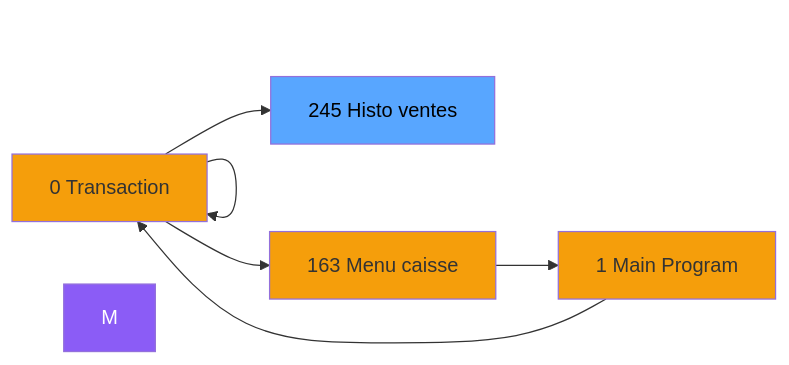
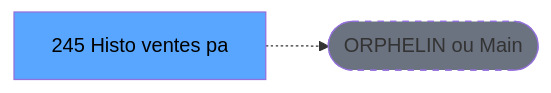
One commit to thonyAGP/lecteur-magic changed the second of 3 diagrams in .openspec/specs/ADH-IDE-245.md. Above: the diagram before and after it, drawn with Mermaid. The commit also changed other lines of this file and 701 other files, not shown here.

````diff
--- a/.openspec/specs/ADH-IDE-245.md
+++ b/.openspec/specs/ADH-IDE-245.md
@@ -157,21 +142,8 @@
 ```mermaid
 graph LR
-    N0[0 Transaction ]
-    N0[0 Transaction ]
-    N163[163 Menu caisse ]
-    N1[1 Main Program]
-    N0[0 Transaction ]
-    T[245 Histo ventes]
-    N0 --> N0
-    N0 --> N163
-    N163 --> N1
-    N1 --> N0
-    N0 --> T
-    style M fill:#8b5cf6,color:#fff
-    style N0 fill:#f59e0b
-    style N0 fill:#f59e0b
-    style N163 fill:#f59e0b
-    style N1 fill:#f59e0b
-    style N0 fill:#f59e0b
+    T[245 Histo ventes pa]
+    ORPHAN([ORPHELIN ou Main])
+    T -.-> ORPHAN
     style T fill:#58a6ff,color:#000
+    style ORPHAN fill:#6b7280,stroke-dasharray: 5 5
 ```
````
